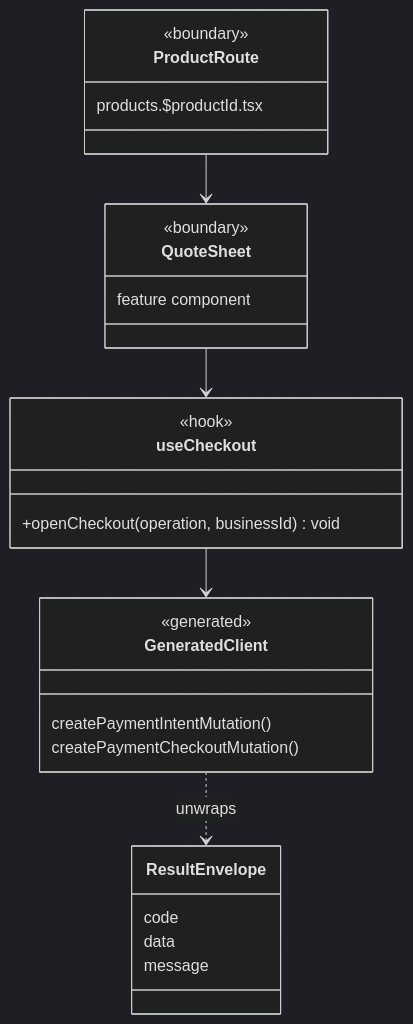
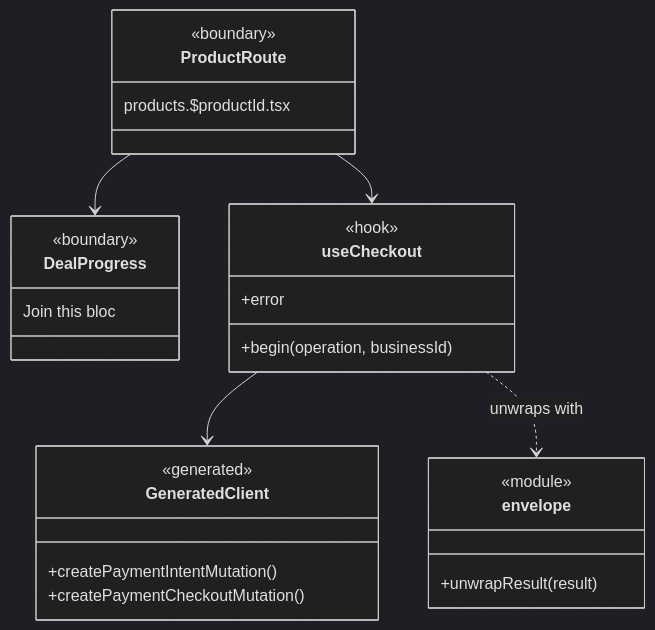
Before and after one commit to PPsyrius/iss-groupbuy-team8: the third of 14 diagrams in docs/swe5006/report-drafts/transition-strategies.md, drawn with Mermaid (dark theme). The commit also changed other lines of this file and 1 other file, not shown here.

First line of the commit message:
docs(report): correct the transition strategies against the code and map the UC4 analysis model (#614)

````diff
--- a/docs/swe5006/report-drafts/transition-strategies.md
+++ b/docs/swe5006/report-drafts/transition-strategies.md
@@ -145,29 +139,29 @@
 ```mermaid
 classDiagram
     class ProductRoute {
         <<boundary>>
         products.$productId.tsx
     }
-    class QuoteSheet {
+    class DealProgress {
         <<boundary>>
-        feature component
+        Join this bloc
     }
     class useCheckout {
         <<hook>>
-        +openCheckout(operation, businessId) void
+        +begin(operation, businessId)
+        +error
     }
     class GeneratedClient {
         <<generated>>
-        createPaymentIntentMutation()
-        createPaymentCheckoutMutation()
+        +createPaymentIntentMutation()
+        +createPaymentCheckoutMutation()
     }
-    class ResultEnvelope {
-        code
-        data
-        message
+    class envelope {
+        <<module>>
+        +unwrapResult(result)
     }
-    ProductRoute --> QuoteSheet
-    QuoteSheet --> useCheckout
+    ProductRoute --> DealProgress
+    ProductRoute --> useCheckout
     useCheckout --> GeneratedClient
-    GeneratedClient ..> ResultEnvelope : unwraps
+    useCheckout ..> envelope : unwraps with
 ```
````
